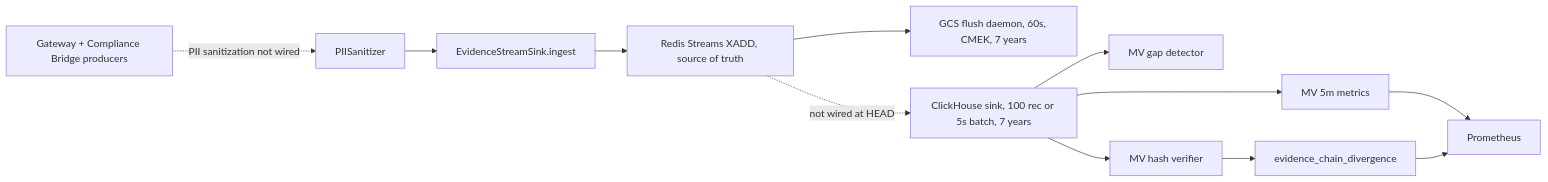
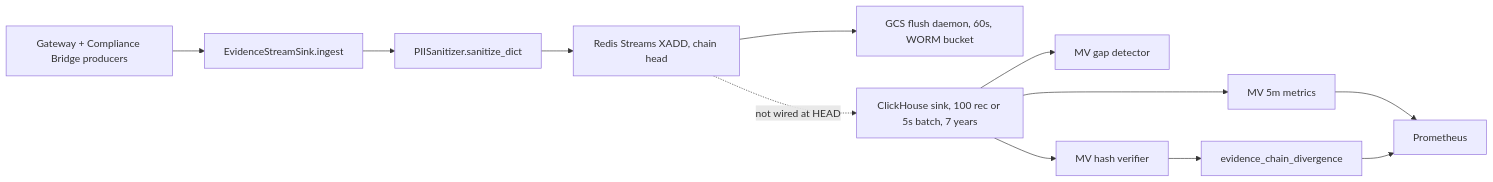
Before and after one commit to google/cybernetic-agent-governance-engine: the diagram in docs/architecture/AUDIT_STREAM_MIGRATION_ANALYSIS.md, drawn with Mermaid. The commit also changed other lines of this file and 33 other files, not shown here.

Commit message:
docs(docs): sync core and architecture docs with HEAD (#324)

````diff
--- a/docs/architecture/AUDIT_STREAM_MIGRATION_ANALYSIS.md
+++ b/docs/architecture/AUDIT_STREAM_MIGRATION_ANALYSIS.md
@@ -522,14 +529,14 @@
 ```mermaid
 flowchart LR
-    A[Gateway + Compliance Bridge producers] -.PII sanitization not wired.-> B[PIISanitizer]
-    B --> C[EvidenceStreamSink.ingest]
-    C --> D[Redis Streams XADD, source of truth]
-    D --> E[GCS flush daemon, 60s, CMEK, 7 years]
+    A[Gateway + Compliance Bridge producers] --> C[EvidenceStreamSink.ingest]
+    C --> B[PIISanitizer.sanitize_dict]
+    B --> D[Redis Streams XADD, chain head]
+    D --> E[GCS flush daemon, 60s, WORM bucket]
     D -.not wired at HEAD.-> F[ClickHouse sink, 100 rec or 5s batch, 7 years]
     F --> G[MV gap detector]
     F --> H[MV hash verifier]
     F --> I[MV 5m metrics]
     H --> J[evidence_chain_divergence]
     I --> K[Prometheus]
     J --> K
 ```
````
